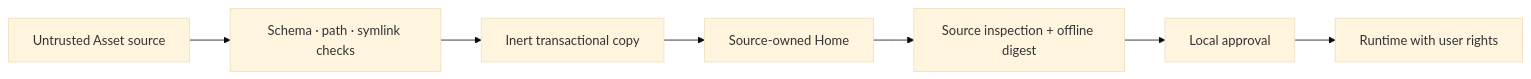
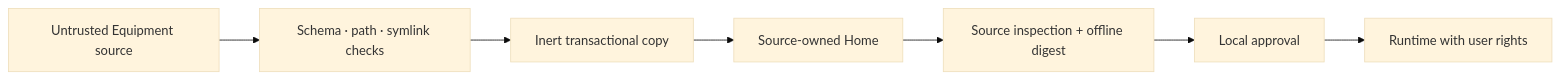
Before and after one commit to thevzion/endroit: the diagram in SECURITY.md, drawn with Mermaid (base theme). The commit also changed other lines of this file and 204 other files, not shown here.

````diff
--- a/SECURITY.md
+++ b/SECURITY.md
@@ -10,9 +10,9 @@
 ```mermaid
 flowchart LR
-  source["Untrusted Asset source"] --> validate["Schema · path · symlink checks"]
+  source["Untrusted Equipment source"] --> validate["Schema · path · symlink checks"]
   validate --> copy["Inert transactional copy"]
   copy --> home["Source-owned Home"]
   home --> review["Source inspection + offline digest"]
   review --> approval["Local approval"]
   approval --> execute["Runtime with user rights"]
 ```
````
